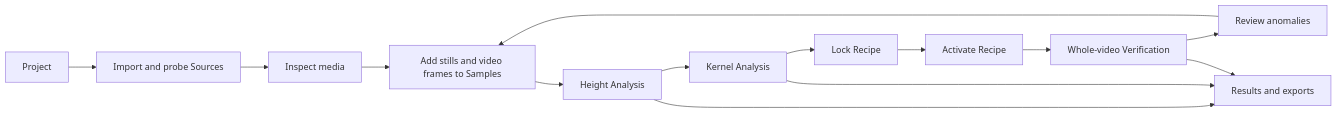
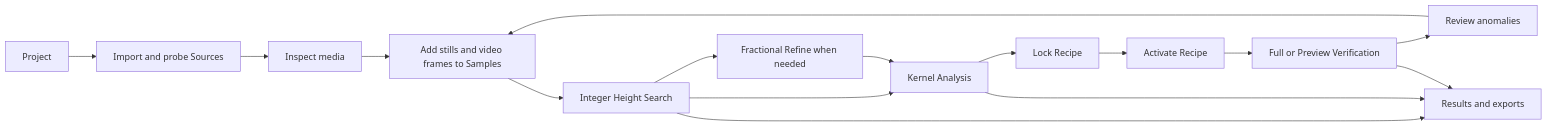
One commit to MysteryDove/GetNative-VF changed the diagram in DESIGN.md. Above: the diagram before and after it, drawn with Mermaid. The commit also changed other lines of this file and 7 other files, not shown here.

````diff
--- a/DESIGN.md
+++ b/DESIGN.md
@@ -465,16 +569,18 @@
 ```mermaid
 flowchart LR
     P["Project"] --> S["Import and probe Sources"]
     S --> M["Inspect media"]
     M --> A["Add stills and video frames to Samples"]
-    A --> H["Height Analysis"]
+    A --> H["Integer Height Search"]
+    H --> F["Fractional Refine when needed"]
     H --> K["Kernel Analysis"]
+    F --> K
     K --> R["Lock Recipe"]
     R --> T["Activate Recipe"]
-    T --> V["Whole-video Verification"]
+    T --> V["Full or Preview Verification"]
     V --> X["Review anomalies"]
     X --> A
     H --> O["Results and exports"]
     K --> O
     V --> O
 ```
````
